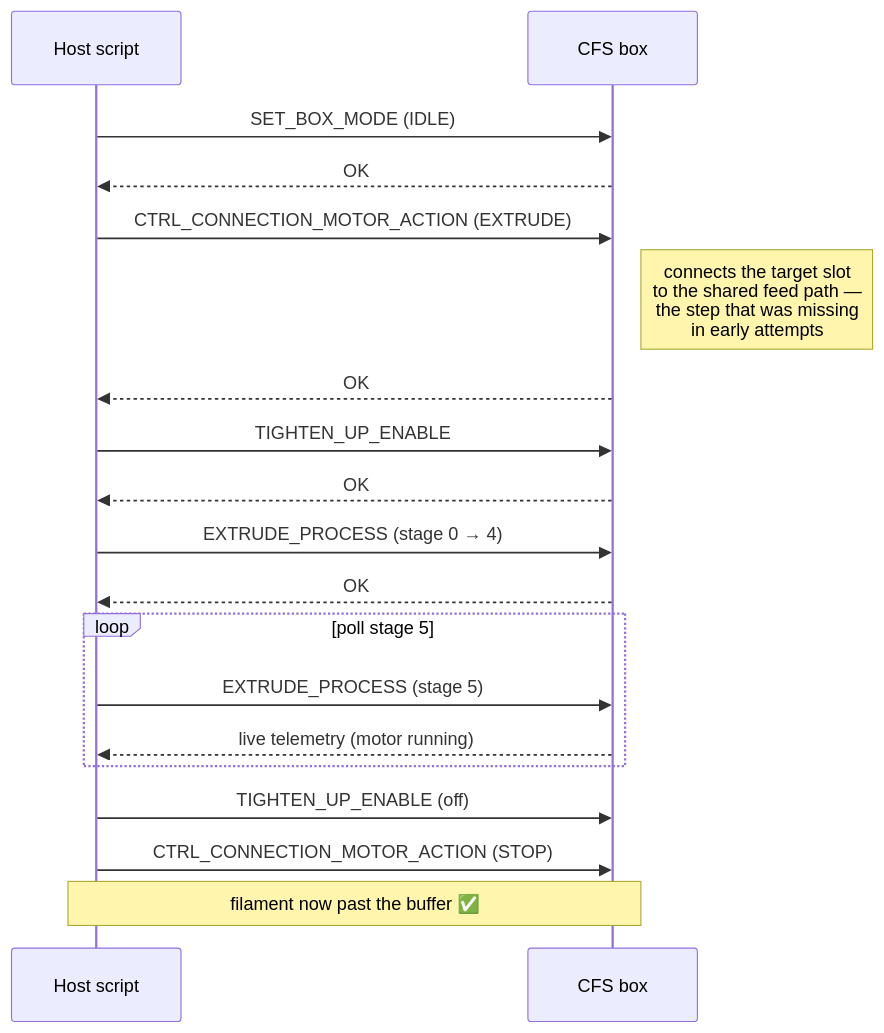
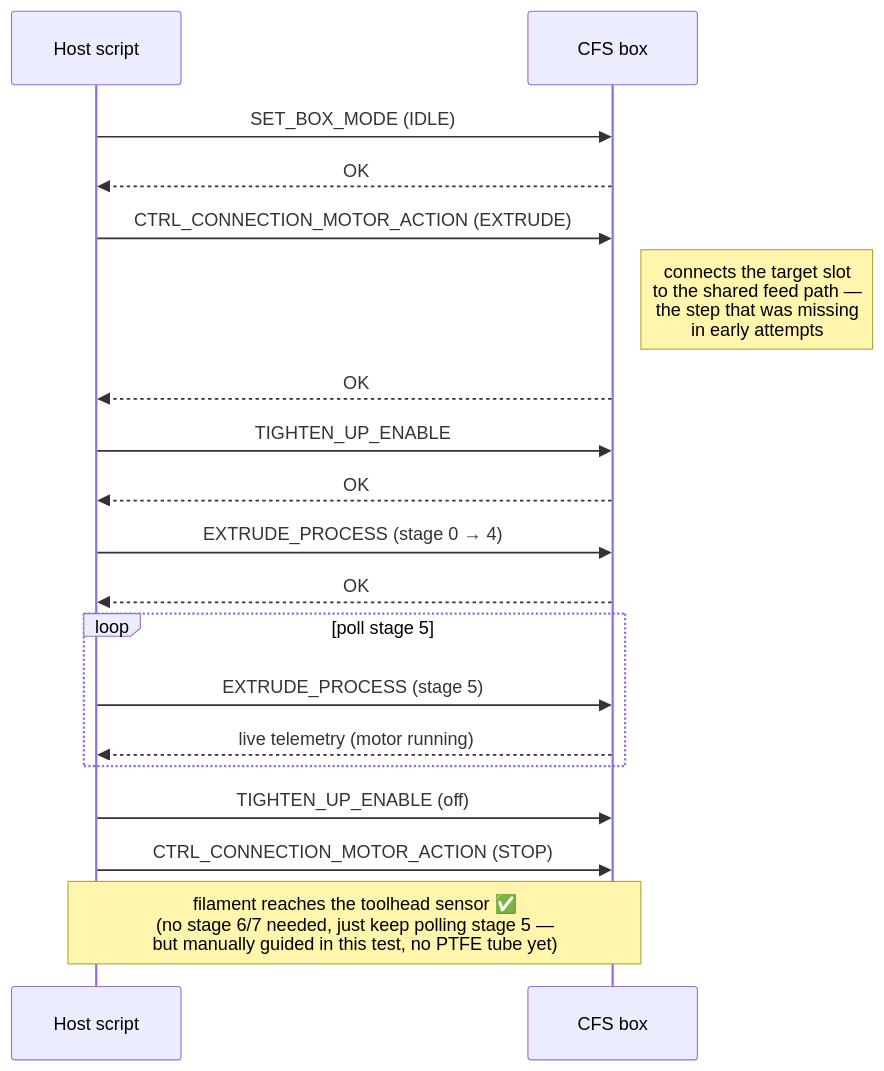
The second of 2 diagrams in README.md (tomaspakosta/k1c-cfs-klipper), drawn with Mermaid before and after one commit. The commit also changed other lines of this file and 1 other file, not shown here.

First line of the commit message:
Toolhead sensor confirmed reachable via EXTRUDE_PROCESS; cutter clarified as pure toolhead motion

````diff
--- a/README.md
+++ b/README.md
@@ -156,22 +157,22 @@
 ```mermaid
 sequenceDiagram
     participant H as Host script
     participant B as CFS box
 
     H->>B: SET_BOX_MODE (IDLE)
     B-->>H: OK
     H->>B: CTRL_CONNECTION_MOTOR_ACTION (EXTRUDE)
     Note right of B: connects the target slot<br/>to the shared feed path —<br/>the step that was missing<br/>in early attempts
     B-->>H: OK
     H->>B: TIGHTEN_UP_ENABLE
     B-->>H: OK
     H->>B: EXTRUDE_PROCESS (stage 0 → 4)
     B-->>H: OK
     loop poll stage 5
         H->>B: EXTRUDE_PROCESS (stage 5)
         B-->>H: live telemetry (motor running)
     end
     H->>B: TIGHTEN_UP_ENABLE (off)
     H->>B: CTRL_CONNECTION_MOTOR_ACTION (STOP)
-    Note over H,B: filament now past the buffer ✅
+    Note over H,B: filament reaches the toolhead sensor ✅<br/>(no stage 6/7 needed, just keep polling stage 5 —<br/>but manually guided in this test, no PTFE tube yet)
 ```
````
